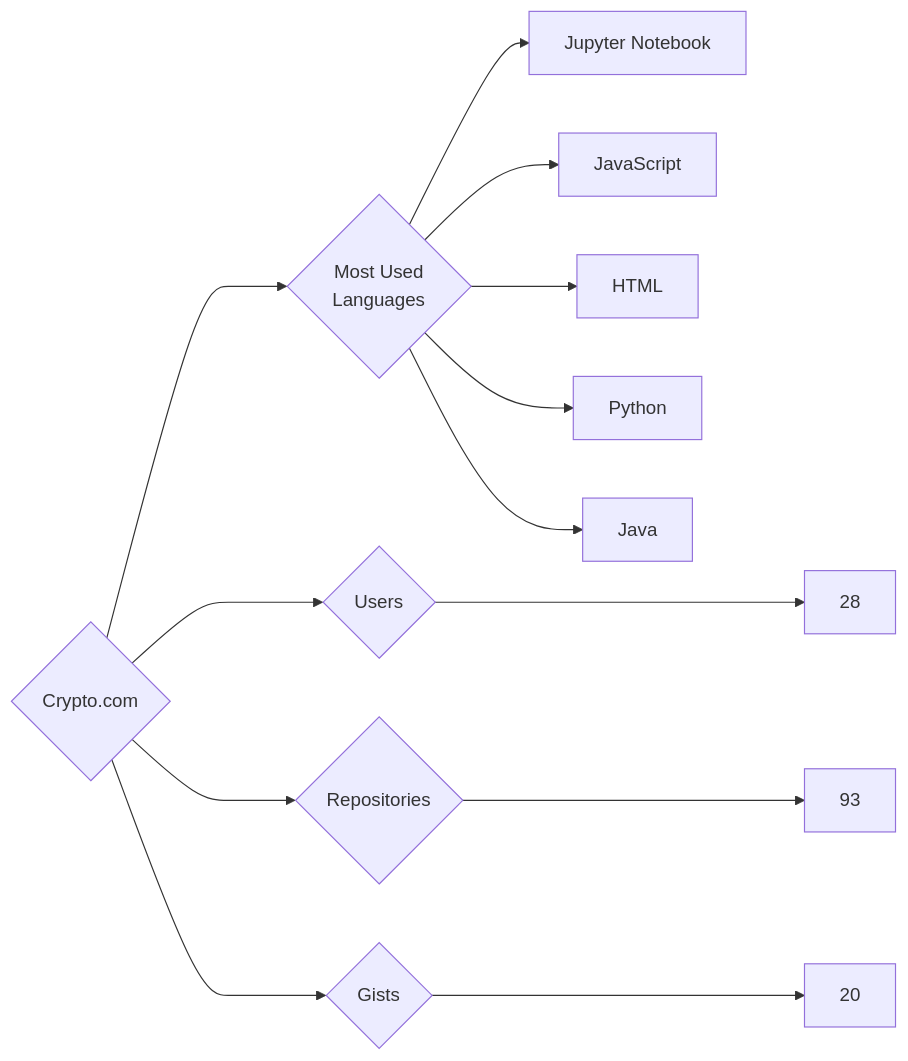
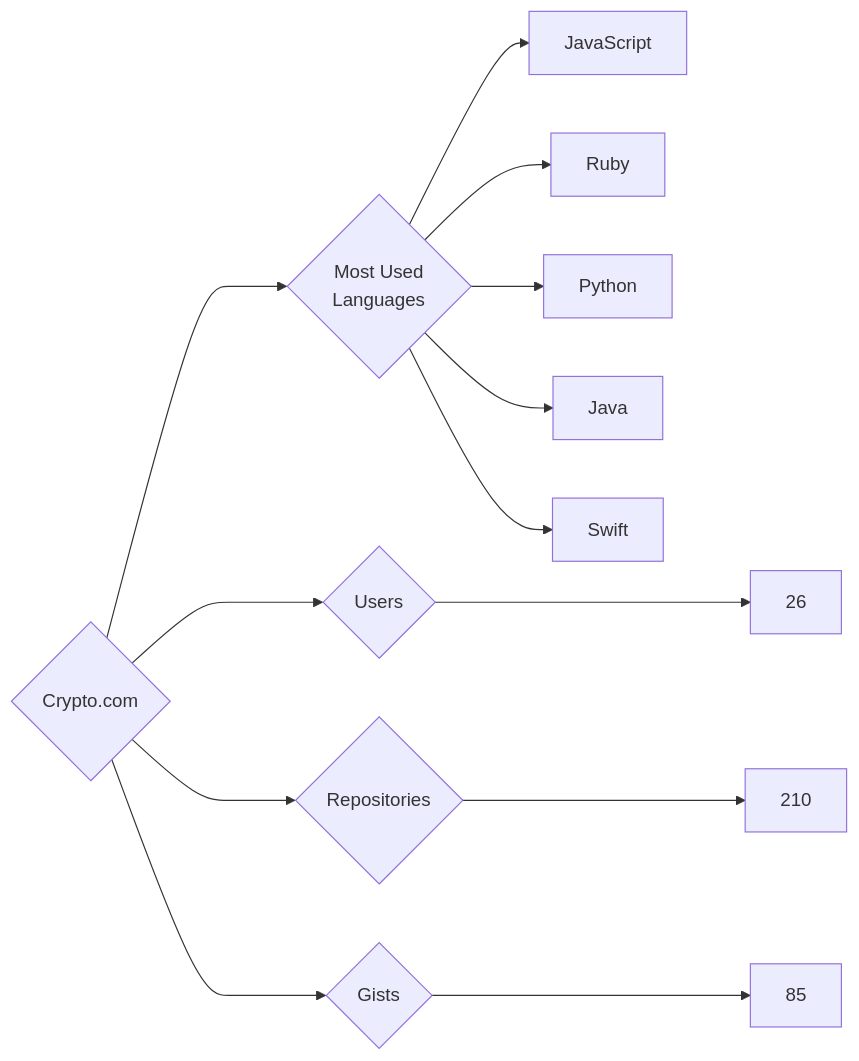
The diagram in targets/Crypto.com/README.md (trickest/insiders), drawn with Mermaid before and after one commit. The commit also changed 681 other files, not shown here.

````diff
--- a/targets/Crypto.com/README.md
+++ b/targets/Crypto.com/README.md
@@ -3,13 +3,13 @@
 ```mermaid
 graph LR
 COMPANY_NAME{Crypto.com}
-COMPANY_NAME ---> U{Users} ---> UN[28]
-COMPANY_NAME ---> R{Repositories} ---> RN[93]
-COMPANY_NAME ---> G{Gists} ---> GN[20]
+COMPANY_NAME ---> U{Users} ---> UN[26]
+COMPANY_NAME ---> R{Repositories} ---> RN[210]
+COMPANY_NAME ---> G{Gists} ---> GN[85]
 COMPANY_NAME ---> ML{Most Used<br>Languages}
-ML --> Jupyter_Notebook[Jupyter Notebook]
 ML --> JavaScript[JavaScript]
-ML --> HTML[HTML]
+ML --> Ruby[Ruby]
 ML --> Python[Python]
 ML --> Java[Java]
+ML --> Swift[Swift]
 ```
````
